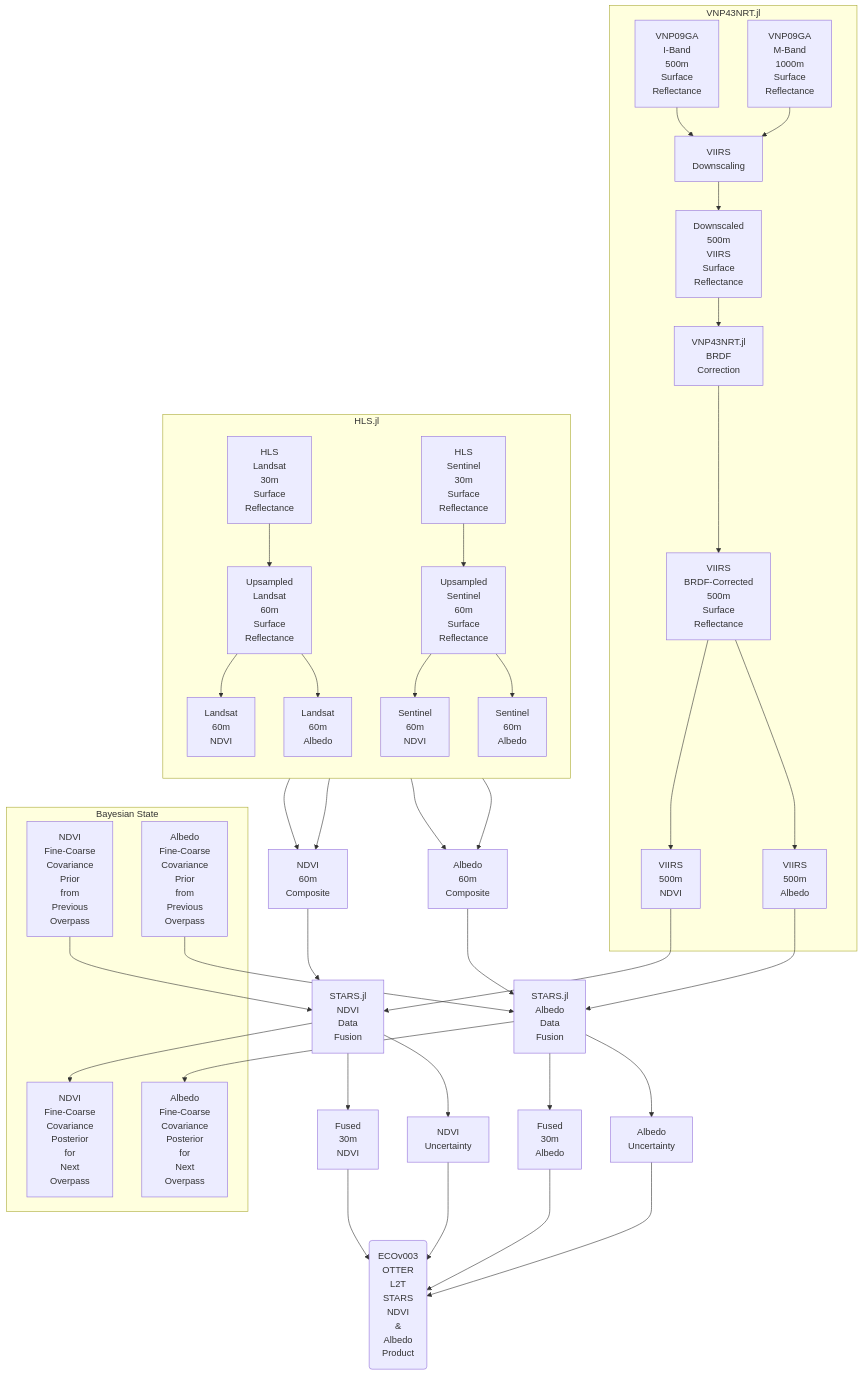
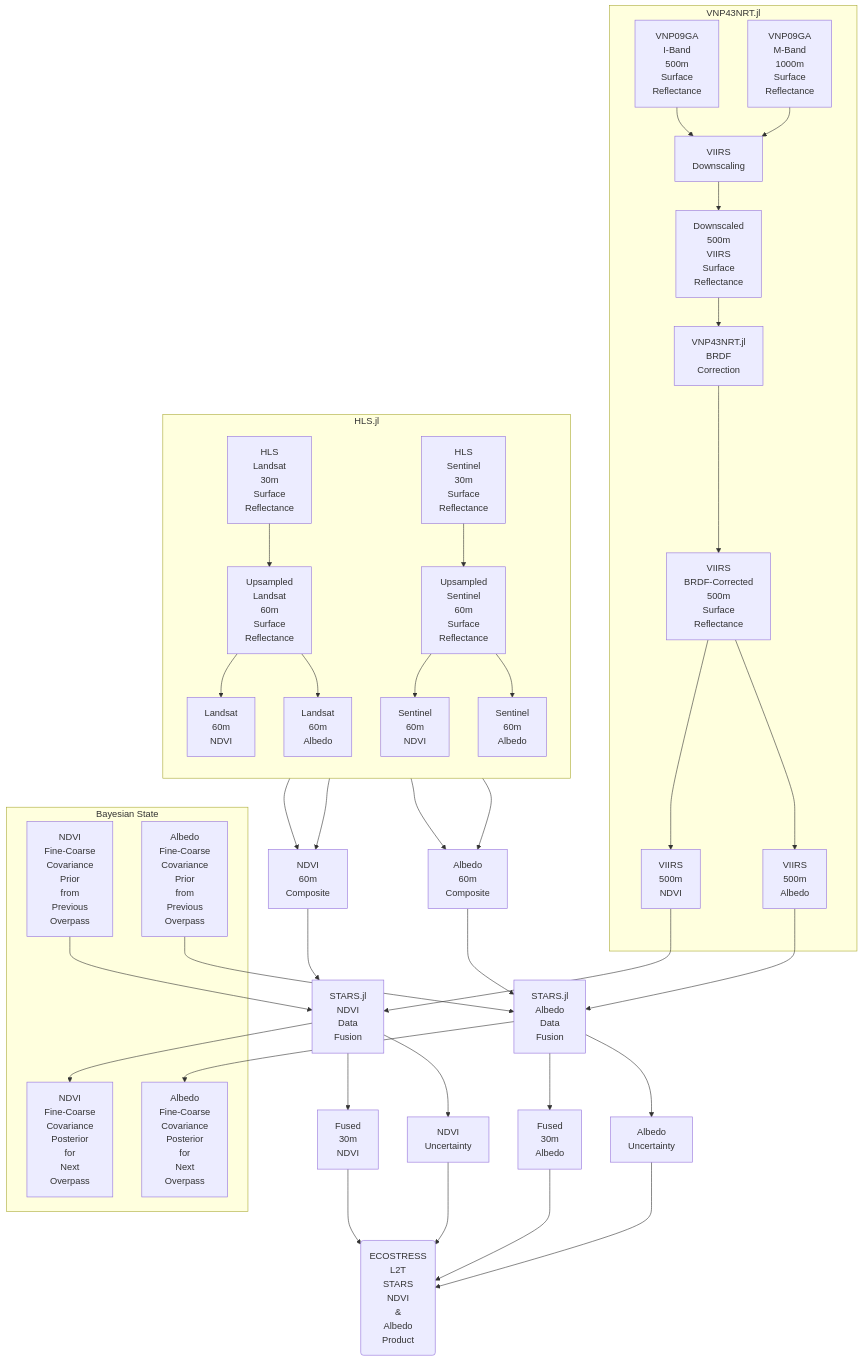
One commit to ECOSTRESS-Collection-3/ECOv003-L2-STARS changed the diagram in README.md. Above: the diagram before and after it, drawn with Mermaid.

Commit message:
changing OTTER to ECOSTRESS

```diff
--- a/README.md
+++ b/README.md
@@ -78,7 +78,7 @@
     fine_albedo_output[Fused<br>30m<br>Albedo]
     fine_albedo_uncertainty[Albedo<br>Uncertainty]
 
-    SBG_L2T_STARS(ECOv003<br>OTTER<br>L2T<br>STARS<br>NDVI<br>&<br>Albedo<br>Product)
+    SBG_L2T_STARS(ECOSTRESS<br>L2T<br>STARS<br>NDVI<br>&<br>Albedo<br>Product)
 
     VNP09GA_I --> VIIRS_downscaling
     VNP09GA_M --> VIIRS_downscaling
```
